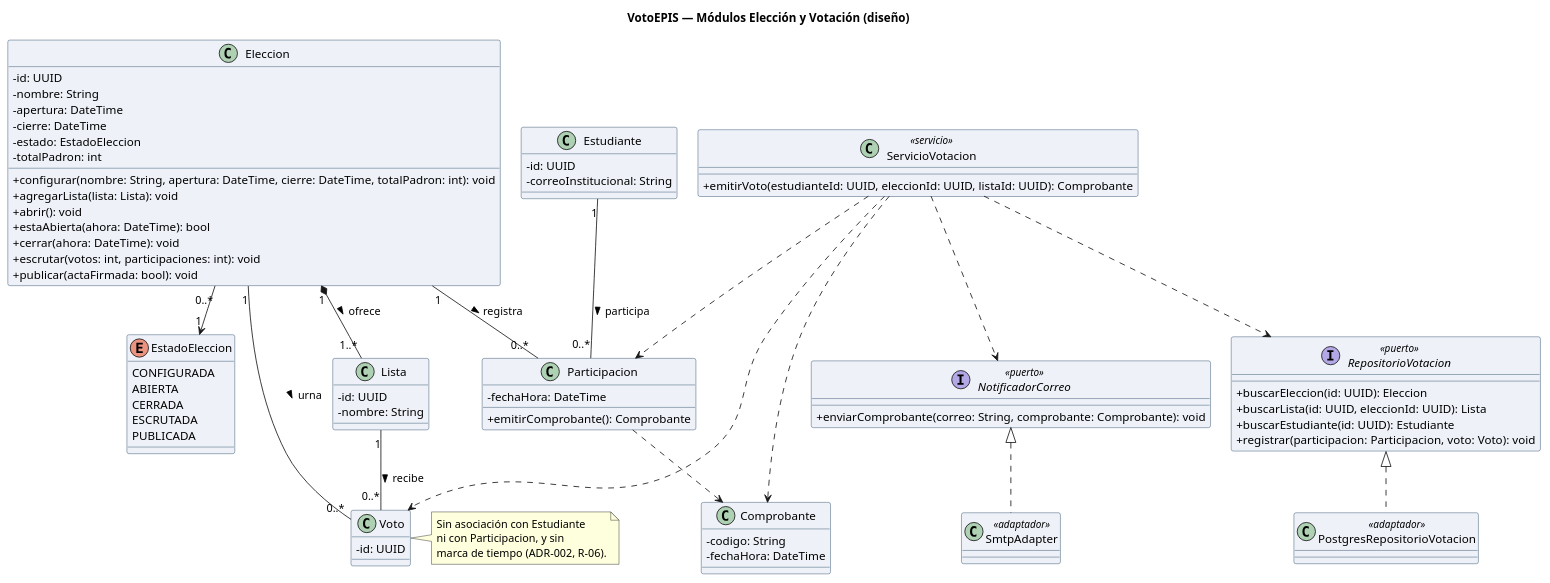
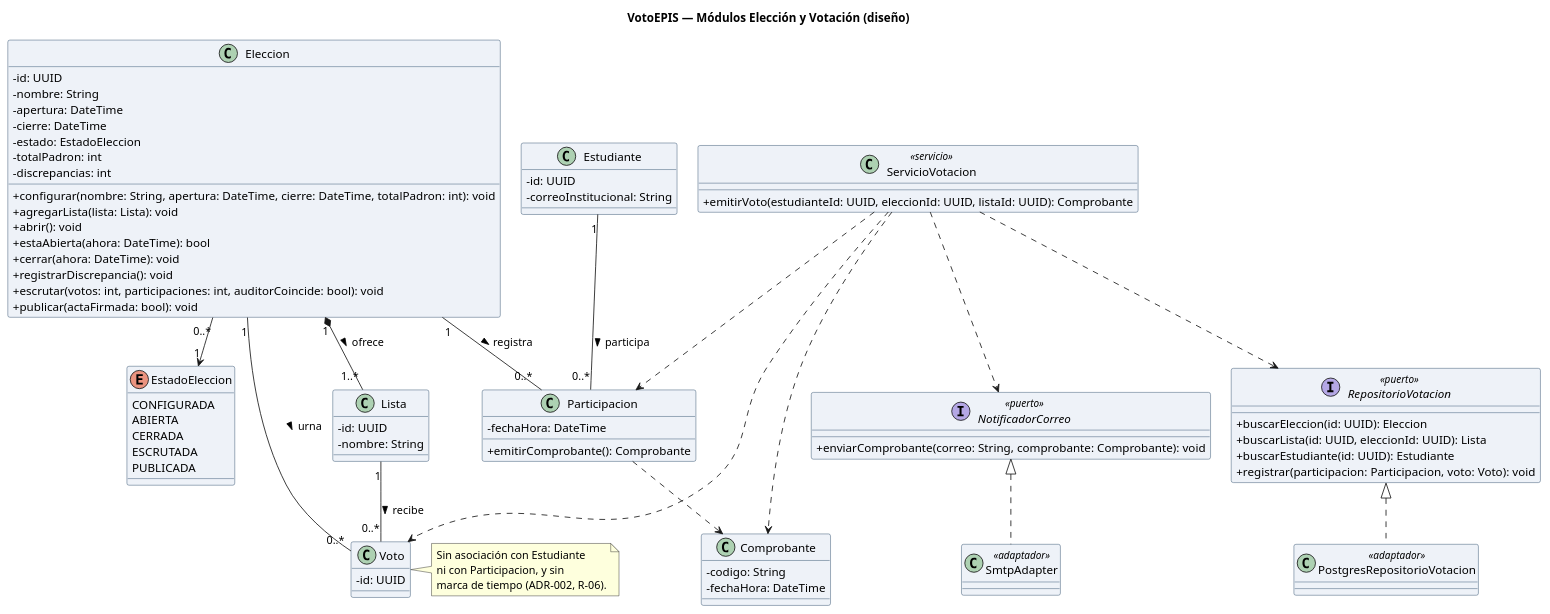
One commit to Echo104/cs-2026b-lab04-grupo05 changed the diagram in docs/design/clases.puml. Above: the diagram before and after it, drawn with PlantUML. The commit also changed 9 other files, not shown here.

```diff
--- a/docs/design/clases.puml
+++ b/docs/design/clases.puml
@@ -1,87 +1,89 @@
 @startuml clases-votacion
 skinparam classAttributeIconSize 0
 skinparam shadowing false
 skinparam defaultFontName Arial
 skinparam classBackgroundColor #EEF2F8
 skinparam classBorderColor #1A3A5C
 title VotoEPIS — Módulos Elección y Votación (diseño)
 skinparam nodesep 25
 skinparam ranksep 40
 
 class Estudiante {
   - id: UUID
   - correoInstitucional: String
 }
 class Eleccion {
   - id: UUID
   - nombre: String
   - apertura: DateTime
   - cierre: DateTime
   - estado: EstadoEleccion
   - totalPadron: int
+  - discrepancias: int
   + configurar(nombre: String, apertura: DateTime, cierre: DateTime, totalPadron: int): void
   + agregarLista(lista: Lista): void
   + abrir(): void
   + estaAbierta(ahora: DateTime): bool
   + cerrar(ahora: DateTime): void
-  + escrutar(votos: int, participaciones: int): void
+  + registrarDiscrepancia(): void
+  + escrutar(votos: int, participaciones: int, auditorCoincide: bool): void
   + publicar(actaFirmada: bool): void
 }
 class Lista {
   - id: UUID
   - nombre: String
 }
 enum EstadoEleccion {
   CONFIGURADA
   ABIERTA
   CERRADA
   ESCRUTADA
   PUBLICADA
 }
 class Participacion {
   - fechaHora: DateTime
   + emitirComprobante(): Comprobante
 }
 class Voto {
   - id: UUID
 }
 class Comprobante {
   - codigo: String
   - fechaHora: DateTime
 }
 interface NotificadorCorreo <<puerto>> {
   + enviarComprobante(correo: String, comprobante: Comprobante): void
 }
 interface RepositorioVotacion <<puerto>> {
   + buscarEleccion(id: UUID): Eleccion
   + buscarLista(id: UUID, eleccionId: UUID): Lista
   + buscarEstudiante(id: UUID): Estudiante
   + registrar(participacion: Participacion, voto: Voto): void
 }
 class SmtpAdapter <<adaptador>>
 class PostgresRepositorioVotacion <<adaptador>>
 class ServicioVotacion <<servicio>> {
   + emitirVoto(estudianteId: UUID, eleccionId: UUID, listaId: UUID): Comprobante
 }
 
 Eleccion "1" *-- "1..*" Lista : ofrece >
 Estudiante "1" -- "0..*" Participacion : participa >
 Eleccion "1" -- "0..*" Participacion : registra >
 Eleccion "1" -- "0..*" Voto : urna >
 Lista "1" -- "0..*" Voto : recibe >
 Eleccion "0..*" --> "1" EstadoEleccion
 NotificadorCorreo <|.. SmtpAdapter
 RepositorioVotacion <|.. PostgresRepositorioVotacion
 Participacion ..> Comprobante
 ServicioVotacion ..> Participacion
 ServicioVotacion ..> Voto
 ServicioVotacion ..> Comprobante
 ServicioVotacion ..> RepositorioVotacion
 ServicioVotacion ..> NotificadorCorreo
 
 note right of Voto
   Sin asociación con Estudiante
   ni con Participacion, y sin
   marca de tiempo (ADR-002, R-06).
 end note
 @enduml
```
